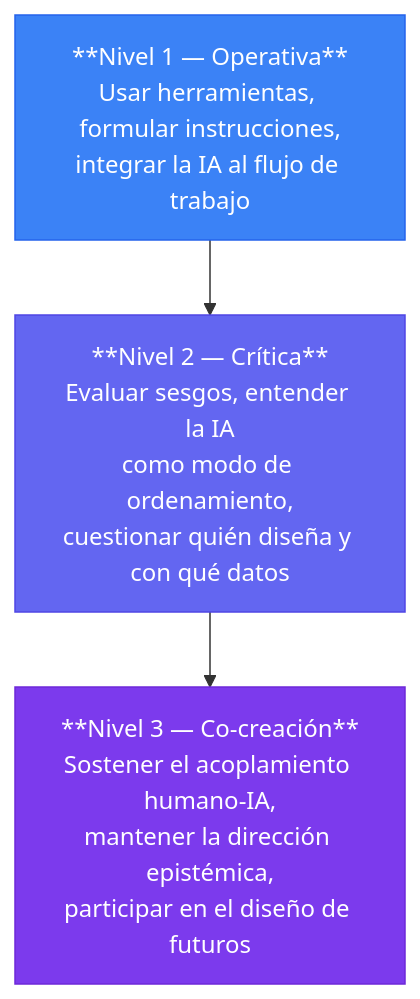
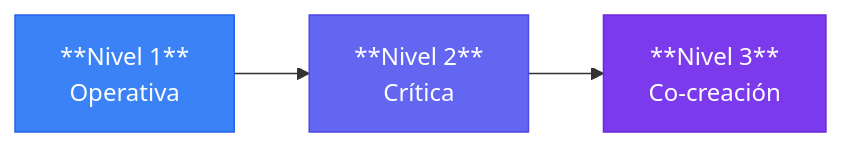
The diagram in content/formacion-docente/alfabetizacion/index.md (arqueon/aprendizaje-ia), drawn with Mermaid before and after one commit. The commit also changed other lines of this file, not shown here.

Commit message:
fix: diagrama alfabetización — etiquetas cortas + tabla descriptiva
Mermaid tiene límite de ancho en el contenedor del tema; se usan
etiquetas concisas en el diagrama y se añade tabla con el detalle
completo de cada nivel.

```diff
--- a/content/formacion-docente/alfabetizacion/index.md
+++ b/content/formacion-docente/alfabetizacion/index.md
@@ -27,12 +27,12 @@
 {{< mermaid >}}
-flowchart TB
-    A["**Nivel 1 — Operativa**\nUsar herramientas, formular instrucciones,\nintegrar la IA al flujo de trabajo"]
-    B["**Nivel 2 — Crítica**\nEvaluar sesgos, entender la IA\ncomo modo de ordenamiento,\ncuestionar quién diseña y con qué datos"]
-    C["**Nivel 3 — Co-creación**\nSostener el acoplamiento humano-IA,\nmantener la dirección epistémica,\nparticipar en el diseño de futuros"]
+flowchart LR
+    A["**Nivel 1**<br/>Operativa"]
+    B["**Nivel 2**<br/>Crítica"]
+    C["**Nivel 3**<br/>Co-creación"]
 
     A --> B --> C
 
     style A fill:#3b82f6,stroke:#2563eb,color:#ffffff
     style B fill:#6366f1,stroke:#4f46e5,color:#ffffff
     style C fill:#7c3aed,stroke:#6d28d9,color:#ffffff
 {{< /mermaid >}}
```
